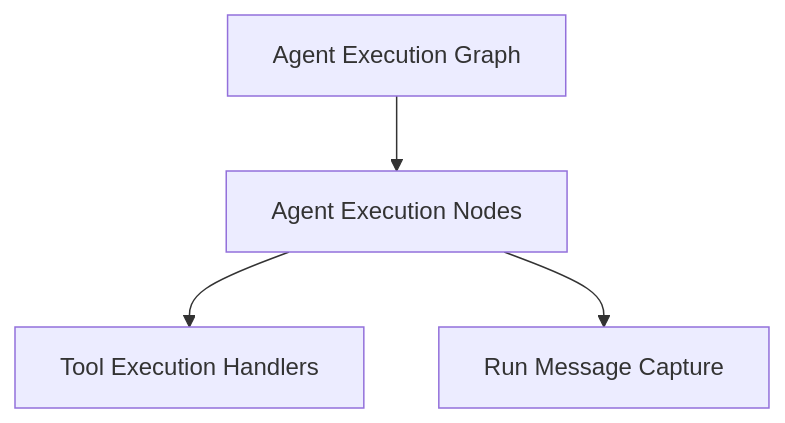
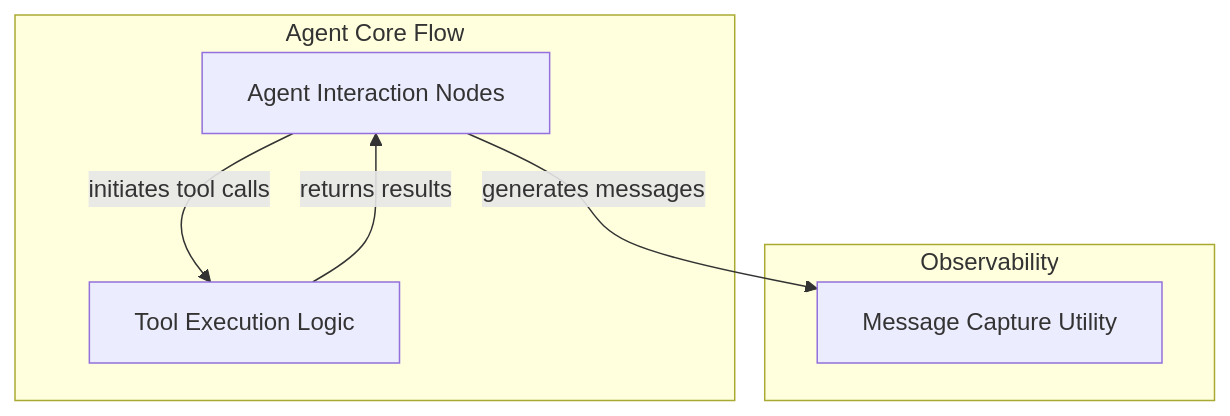
Before and after one commit to ShreyasPatel031/atelier: the diagram in demo/repos/pydantic-ai/agent_execution_graph.md, drawn with Mermaid. The commit also changed other lines of this file and 2700 other files, not shown here.

First line of the commit message:
Demo viewer: six curated repos, Pydantic bundle swap, Mermaid styling

````diff
--- a/demo/repos/pydantic-ai/agent_execution_graph.md
+++ b/demo/repos/pydantic-ai/agent_execution_graph.md
@@ -26,15 +45,19 @@
 ```mermaid
-graph TD
-    aeg[Agent Execution Graph]
-    an[Agent Execution Nodes]
-    teh[Tool Execution Handlers]
-    mc[Run Message Capture]
+flowchart TD
+    subgraph agent_core_flow["Agent Core Flow"]
+        agent_interaction_nodes["Agent Interaction Nodes"]
+        tool_execution_logic["Tool Execution Logic"]
+    end
 
-    aeg --> an
-    an --> teh
-    an --> mc
+    subgraph observability["Observability"]
+        message_capture_utility["Message Capture Utility"]
+    end
 
-    click an "agent_nodes.md" "View Agent Execution Nodes"
-    click teh "tool_execution_handlers.md" "View Tool Execution Handlers"
-    click mc "message_capture.md" "View Run Message Capture"
+    agent_interaction_nodes -->|"initiates tool calls"| tool_execution_logic
+    tool_execution_logic -->|"returns results"| agent_interaction_nodes
+    agent_interaction_nodes -->|"generates messages"| message_capture_utility
+
+    click agent_interaction_nodes "agent_interaction_nodes.md" "View Agent Interaction Nodes documentation"
+    click tool_execution_logic "tool_execution_logic.md" "View Tool Execution Logic documentation"
+    click message_capture_utility "message_capture_utility.md" "View Message Capture Utility documentation"
 ```
````
